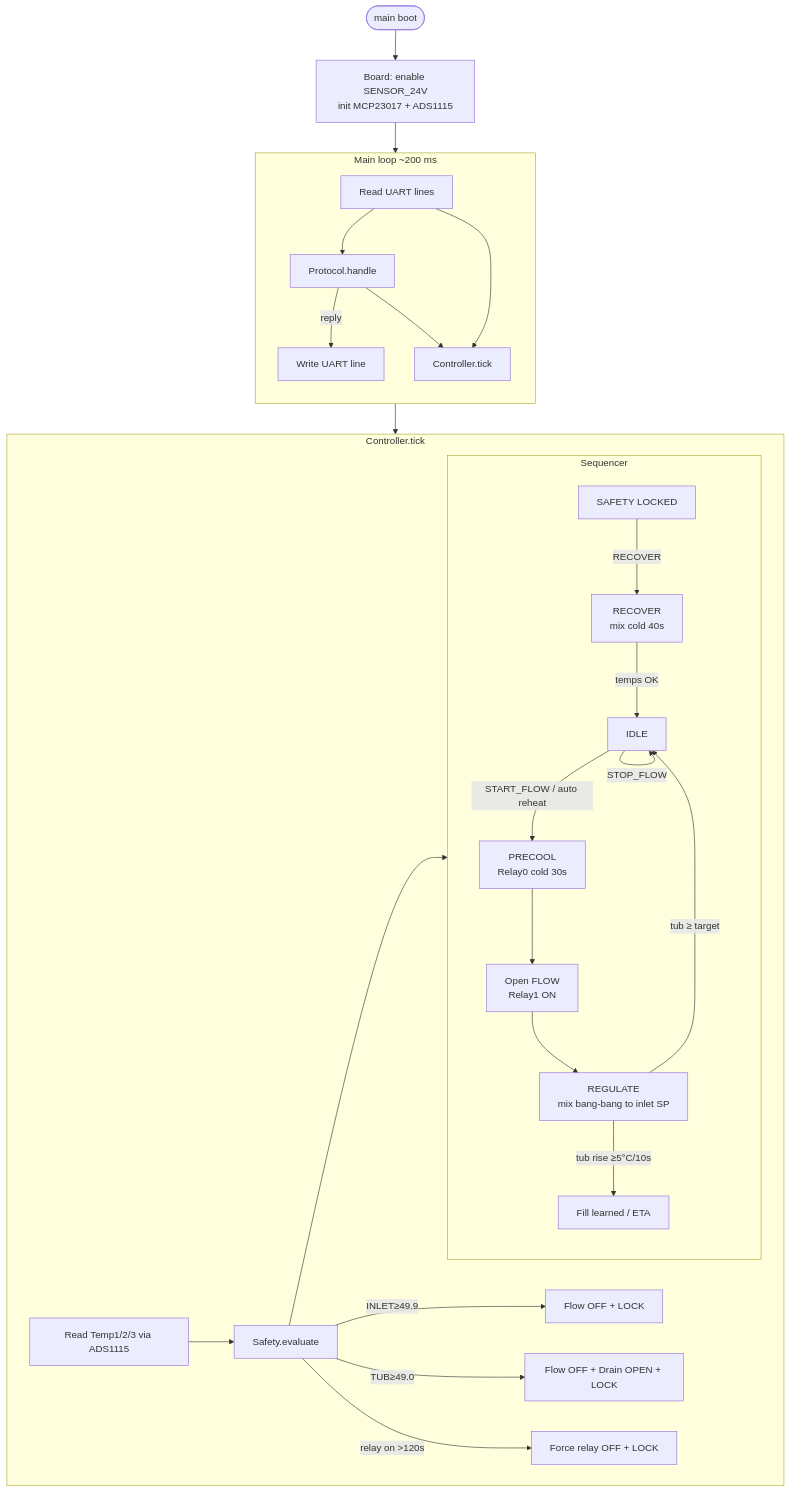
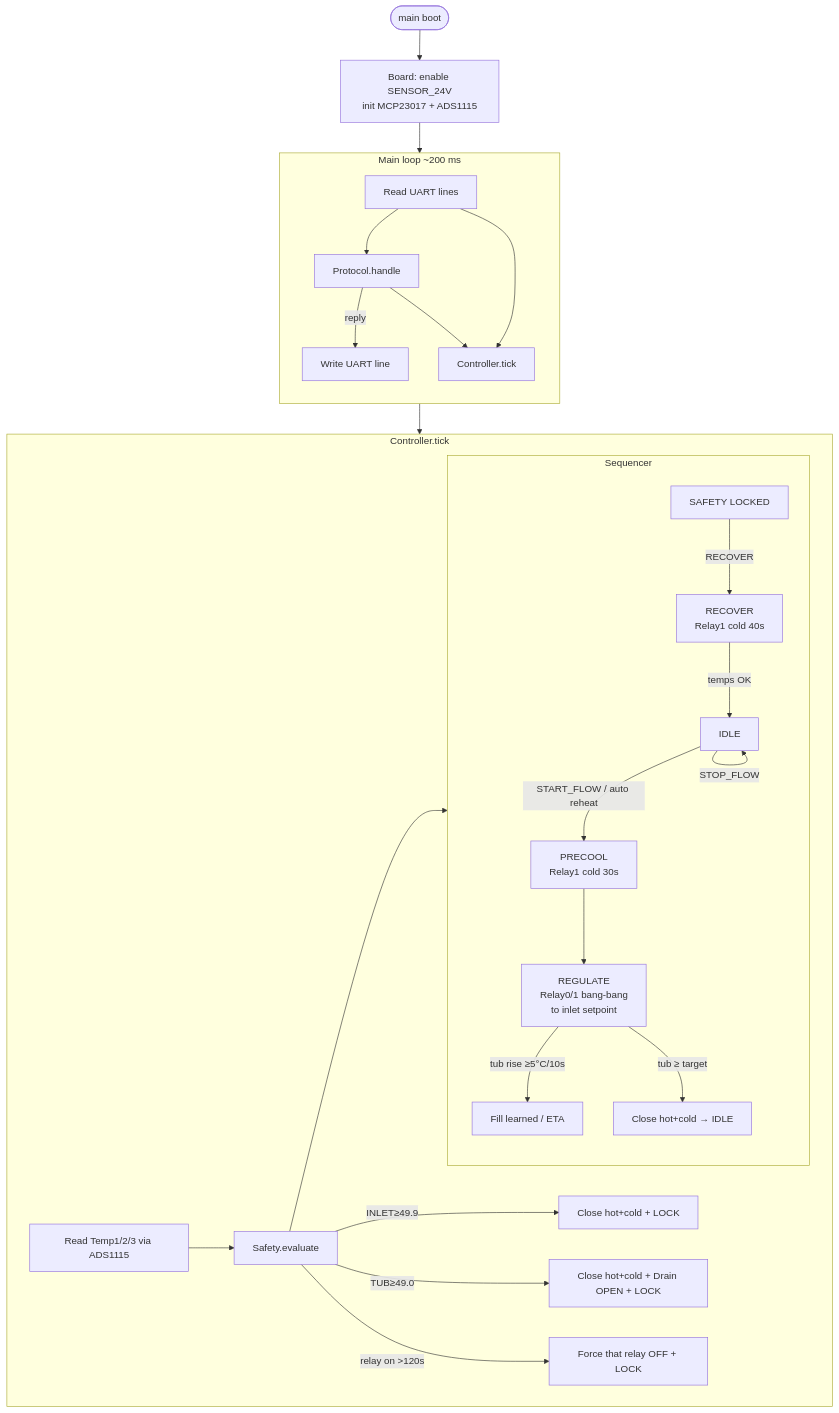
Before and after one commit to raspipcb/oddurboga-cm5-rp2350: the fourth of 5 diagrams in doc/diagrams.md, drawn with Mermaid. The commit also changed other lines of this file and 3 other files, not shown here.

````diff
--- a/doc/diagrams.md
+++ b/doc/diagrams.md
@@ -147,34 +151,33 @@
 ```mermaid
 flowchart TD
   BOOT([main boot]) --> BOARD[Board: enable SENSOR_24V<br/>init MCP23017 + ADS1115]
   BOARD --> LOOP
 
   subgraph LOOP["Main loop ~200 ms"]
     direction TB
     RX[Read UART lines] --> PROTO[Protocol.handle]
     PROTO -->|reply| TX[Write UART line]
     PROTO --> CTL[Controller.tick]
     RX --> CTL
   end
 
   subgraph TICK["Controller.tick"]
     SEN[Read Temp1/2/3 via ADS1115] --> SAF[Safety.evaluate]
-    SAF -->|INLET≥49.9| K1[Flow OFF + LOCK]
-    SAF -->|TUB≥49.0| K2[Flow OFF + Drain OPEN + LOCK]
-    SAF -->|relay on >120s| K3[Force relay OFF + LOCK]
+    SAF -->|INLET≥49.9| K1[Close hot+cold + LOCK]
+    SAF -->|TUB≥49.0| K2[Close hot+cold + Drain OPEN + LOCK]
+    SAF -->|relay on >120s| K3[Force that relay OFF + LOCK]
     SAF --> PHASE
 
     subgraph PHASE["Sequencer"]
-      Idle[IDLE] -->|START_FLOW / auto reheat| Pre[PRECOOL<br/>Relay0 cold 30s]
-      Pre --> Open[Open FLOW<br/>Relay1 ON]
-      Open --> Reg[REGULATE<br/>mix bang-bang to inlet SP]
+      Idle[IDLE] -->|START_FLOW / auto reheat| Pre[PRECOOL<br/>Relay1 cold 30s]
+      Pre --> Reg[REGULATE<br/>Relay0/1 bang-bang<br/>to inlet setpoint]
       Reg -->|tub rise ≥5°C/10s| Fill[Fill learned / ETA]
-      Reg -->|tub ≥ target| Idle
+      Reg -->|tub ≥ target| Idle2[Close hot+cold → IDLE]
       Idle -->|STOP_FLOW| Idle
-      LOCK[SAFETY LOCKED] -->|RECOVER| Rec[RECOVER<br/>mix cold 40s]
+      LOCK[SAFETY LOCKED] -->|RECOVER| Rec[RECOVER<br/>Relay1 cold 40s]
       Rec -->|temps OK| Idle
     end
   end
 
   CTL --> TICK
 ```
````
